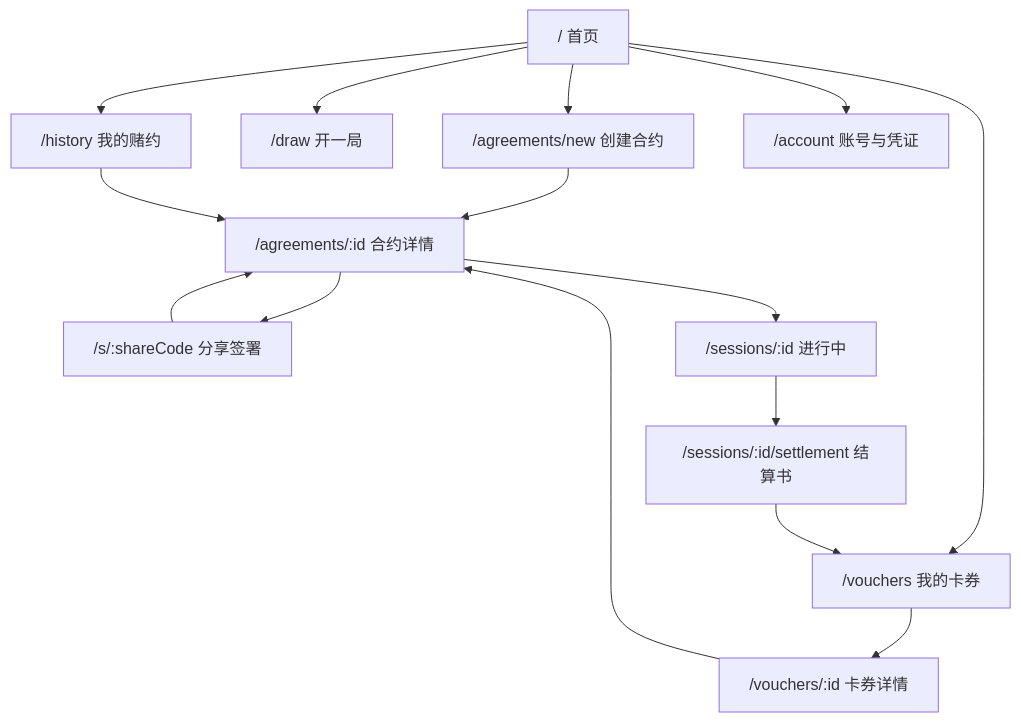
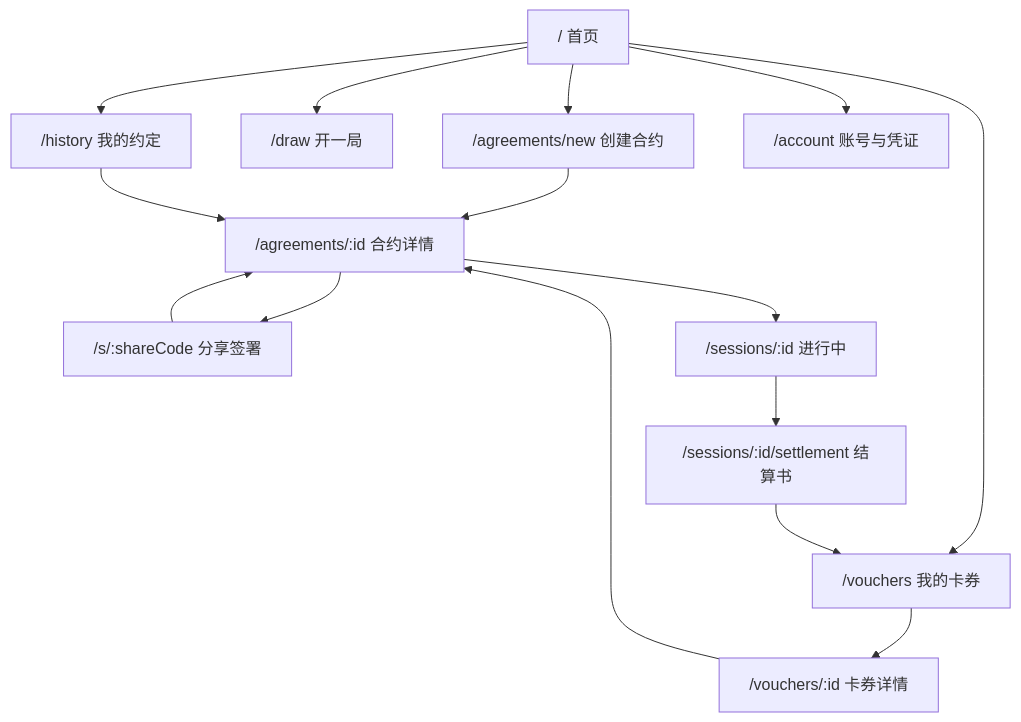
The diagram in docs/page-routes.md (shushabgyuanyue/playbit), drawn with Mermaid before and after one commit. The commit also changed other lines of this file and 40 other files, not shown here.

Commit message:
feat: harden agreement and equity flow

````diff
--- a/docs/page-routes.md
+++ b/docs/page-routes.md
@@ -55,17 +55,17 @@
 ```mermaid
 flowchart TD
   Home["/ 首页"] --> NewAgreement["/agreements/new 创建合约"]
   Home --> Draw["/draw 开一局"]
   Home --> Vouchers["/vouchers 我的卡券"]
-  Home --> History["/history 我的赌约"]
+  Home --> History["/history 我的约定"]
   Home --> Account["/account 账号与凭证"]
   NewAgreement --> Agreement["/agreements/:id 合约详情"]
   Agreement --> ShareSign["/s/:shareCode 分享签署"]
   ShareSign --> Agreement
   Agreement --> Session["/sessions/:id 进行中"]
   Session --> Settlement["/sessions/:id/settlement 结算书"]
   Settlement --> Vouchers
   Vouchers --> VoucherDetail["/vouchers/:id 卡券详情"]
   VoucherDetail --> Agreement
   History --> Agreement
 ```
````
